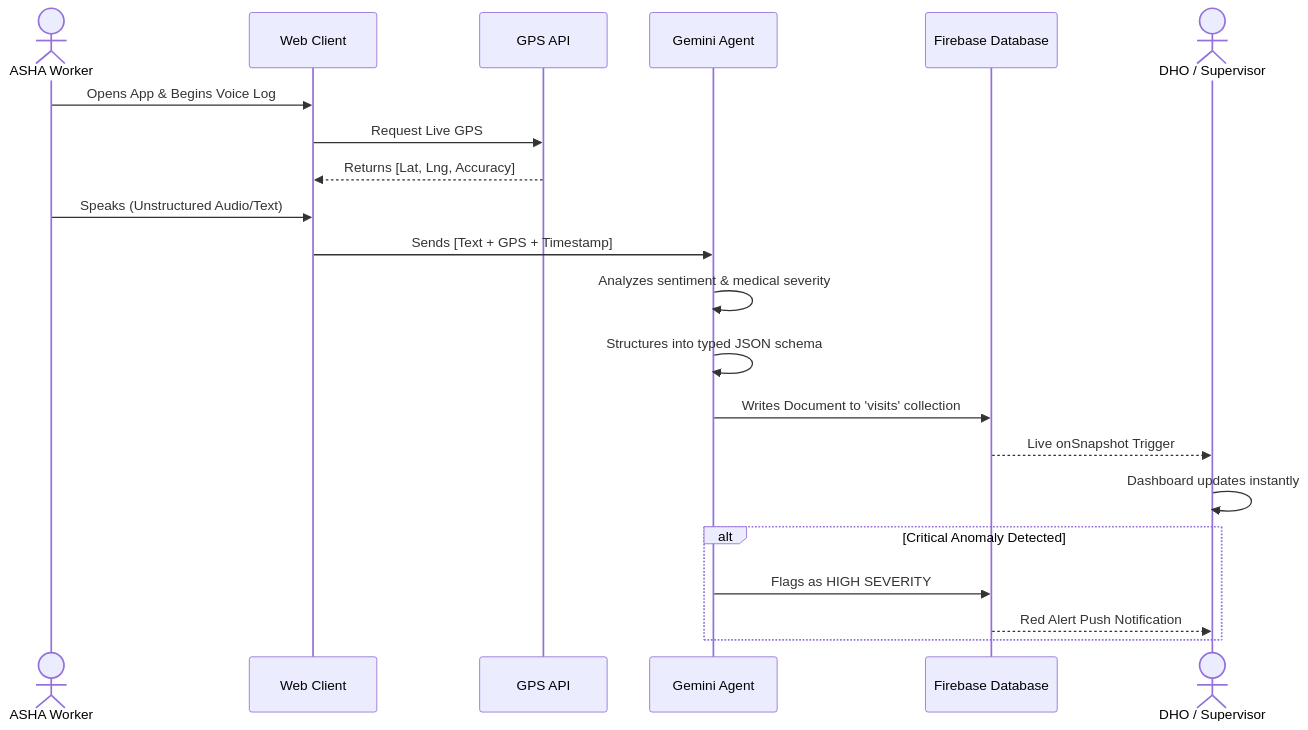
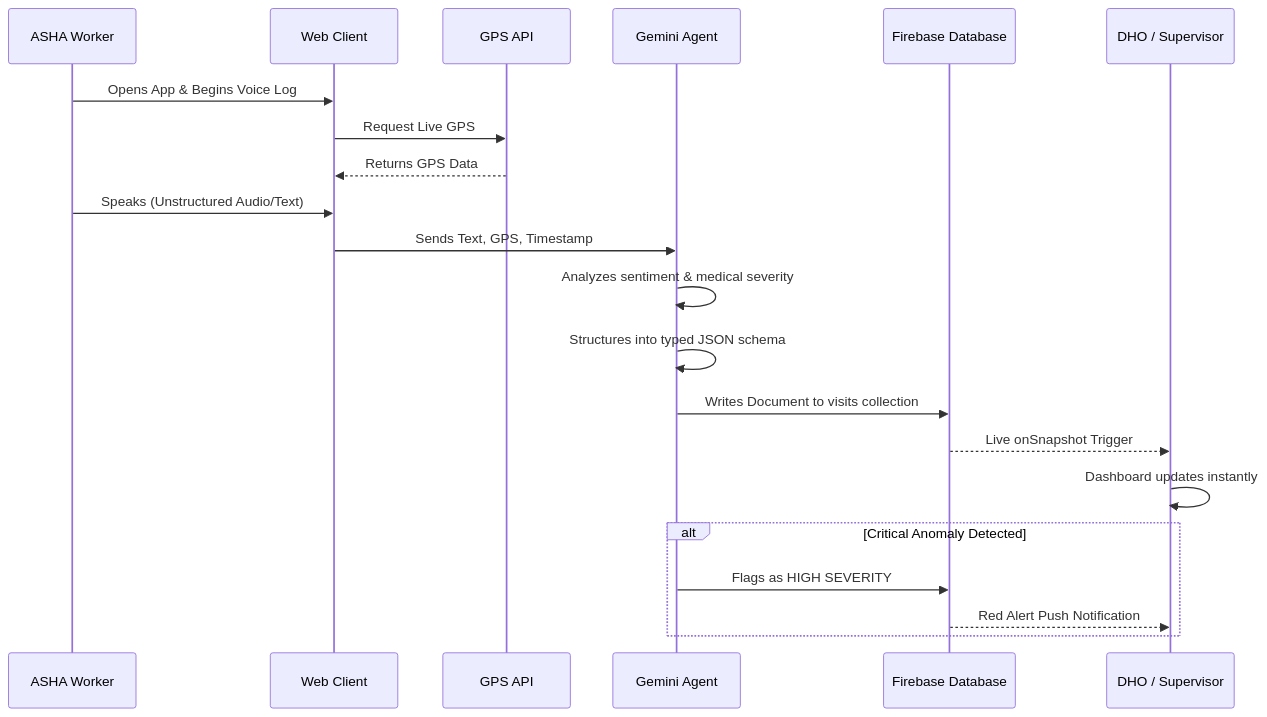
One commit to Dineshkumar2006471/Intelli-Asha changed the second of 2 diagrams in README.md. Above: the diagram before and after it, drawn with Mermaid. The commit also changed other lines of this file, not shown here.

Commit message:
Fix Mermaid diagram syntax in README for GitHub compatibility

````diff
--- a/README.md
+++ b/README.md
@@ -110,24 +110,24 @@
 ```mermaid
 sequenceDiagram
-    actor FieldWorker as ASHA Worker
+    participant FieldWorker as ASHA Worker
     participant WebApp as Web Client
     participant Geolocation as GPS API
     participant Agent as Gemini Agent
     participant Firestore as Firebase Database
-    actor Supervisor as DHO / Supervisor
+    participant Supervisor as DHO / Supervisor
 
     FieldWorker->>WebApp: Opens App & Begins Voice Log
     WebApp->>Geolocation: Request Live GPS
-    Geolocation-->>WebApp: Returns [Lat, Lng, Accuracy]
+    Geolocation-->>WebApp: Returns GPS Data
     FieldWorker->>WebApp: Speaks (Unstructured Audio/Text)
-    WebApp->>Agent: Sends [Text + GPS + Timestamp]
+    WebApp->>Agent: Sends Text, GPS, Timestamp
     Agent->>Agent: Analyzes sentiment & medical severity
     Agent->>Agent: Structures into typed JSON schema
-    Agent->>Firestore: Writes Document to 'visits' collection
+    Agent->>Firestore: Writes Document to visits collection
     Firestore-->>Supervisor: Live onSnapshot Trigger
     Supervisor->>Supervisor: Dashboard updates instantly
     alt Critical Anomaly Detected
         Agent->>Firestore: Flags as HIGH SEVERITY
         Firestore-->>Supervisor: Red Alert Push Notification
     end
 ```
````
